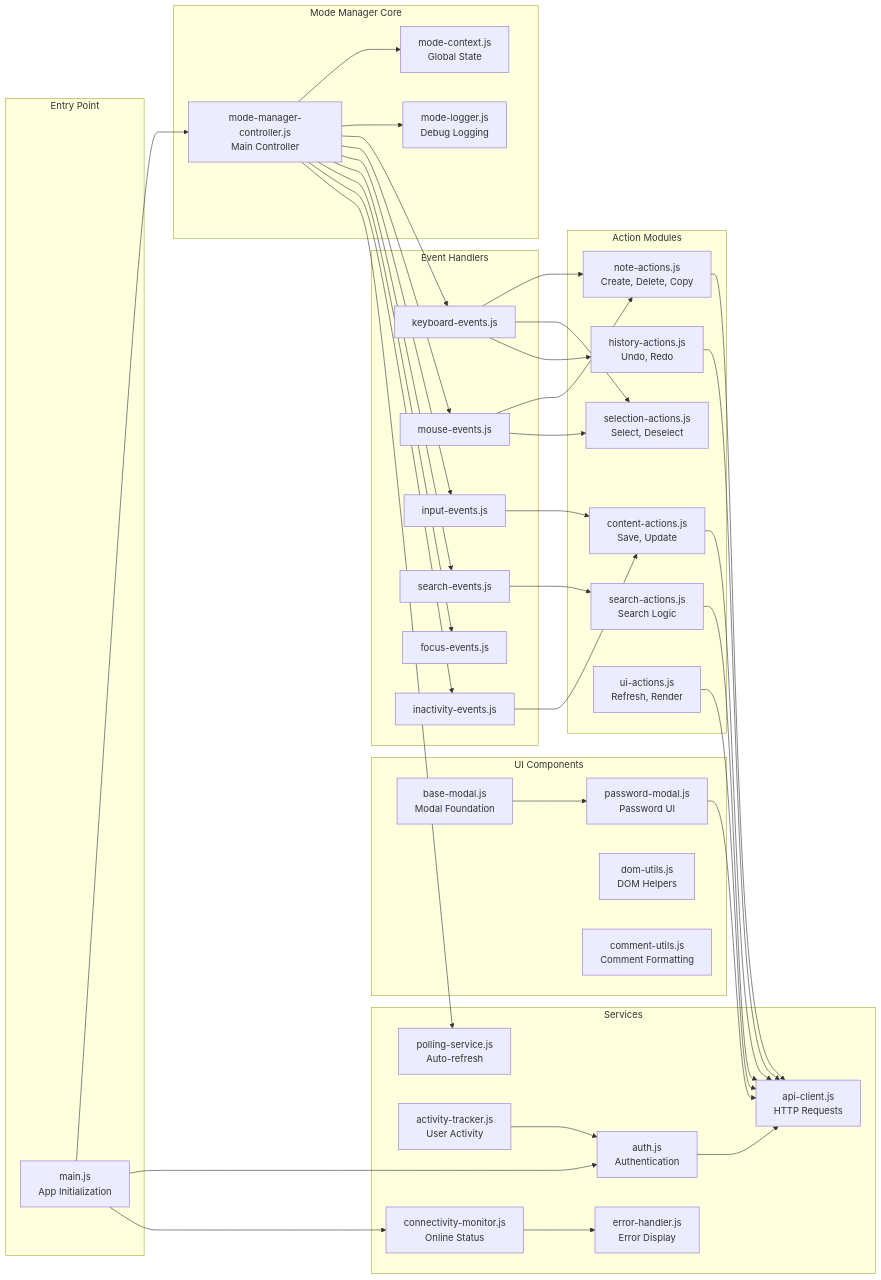
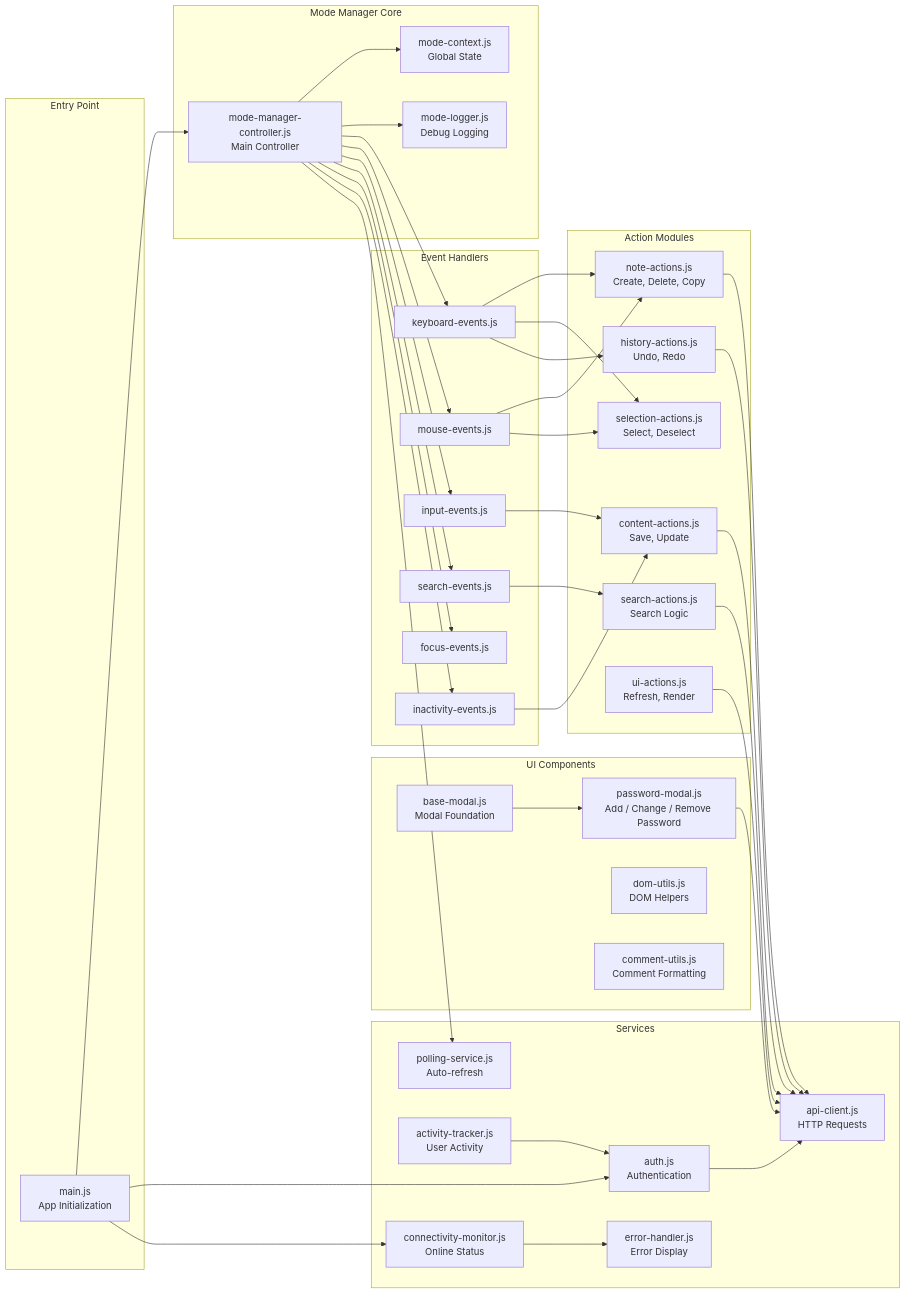
The diagram in docs/diagrams/component-architecture.md (evolvingstuff/metalist), drawn with Mermaid before and after one commit. The commit also changed 25 other files, not shown here.

````diff
--- a/docs/diagrams/component-architecture.md
+++ b/docs/diagrams/component-architecture.md
@@ -5,82 +5,82 @@
 ```mermaid
 graph LR
     subgraph "Entry Point"
         Main[main.js<br/>App Initialization]
     end
     
     subgraph "UI Components"
         BaseModal[base-modal.js<br/>Modal Foundation]
-        PasswordModal[password-modal.js<br/>Password UI]
+        PasswordModals[password-modal.js<br/>Add / Change / Remove Password]
         DOMUtils[dom-utils.js<br/>DOM Helpers]
         CommentUtils[comment-utils.js<br/>Comment Formatting]
     end
     
     subgraph "Mode Manager Core"
         Controller[mode-manager-controller.js<br/>Main Controller]
         Context[mode-context.js<br/>Global State]
         Logger[mode-logger.js<br/>Debug Logging]
     end
     
     subgraph "Event Handlers"
         Keyboard[keyboard-events.js]
         Mouse[mouse-events.js]
         Input[input-events.js]
         Search[search-events.js]
         Focus[focus-events.js]
         Inactivity[inactivity-events.js]
     end
     
     subgraph "Action Modules"
         NoteAct[note-actions.js<br/>Create, Delete, Copy]
         ContentAct[content-actions.js<br/>Save, Update]
         SelectionAct[selection-actions.js<br/>Select, Deselect]
         SearchAct[search-actions.js<br/>Search Logic]
         HistoryAct[history-actions.js<br/>Undo, Redo]
         UIAct[ui-actions.js<br/>Refresh, Render]
     end
     
     subgraph "Services"
         APIClient[api-client.js<br/>HTTP Requests]
         Auth[auth.js<br/>Authentication]
         ConnMonitor[connectivity-monitor.js<br/>Online Status]
         ActivityTracker[activity-tracker.js<br/>User Activity]
         PollingService[polling-service.js<br/>Auto-refresh]
         ErrorHandler[error-handler.js<br/>Error Display]
     end
     
     Main --> Controller
     Main --> Auth
     Main --> ConnMonitor
     
     Controller --> Context
     Controller --> Logger
     Controller --> Keyboard
     Controller --> Mouse
     Controller --> Input
     Controller --> Search
     Controller --> Focus
     Controller --> Inactivity
     Controller --> PollingService
     
     Keyboard --> NoteAct
     Keyboard --> SelectionAct
     Keyboard --> HistoryAct
     Mouse --> NoteAct
     Mouse --> SelectionAct
     Input --> ContentAct
     Search --> SearchAct
     Inactivity --> ContentAct
     
     NoteAct --> APIClient
     ContentAct --> APIClient
     SearchAct --> APIClient
     HistoryAct --> APIClient
     UIAct --> APIClient
     
     Auth --> APIClient
     ConnMonitor --> ErrorHandler
     ActivityTracker --> Auth
     
-    BaseModal --> PasswordModal
-    PasswordModal --> APIClient
+    BaseModal --> PasswordModals
+    PasswordModals --> APIClient
 ```
````
